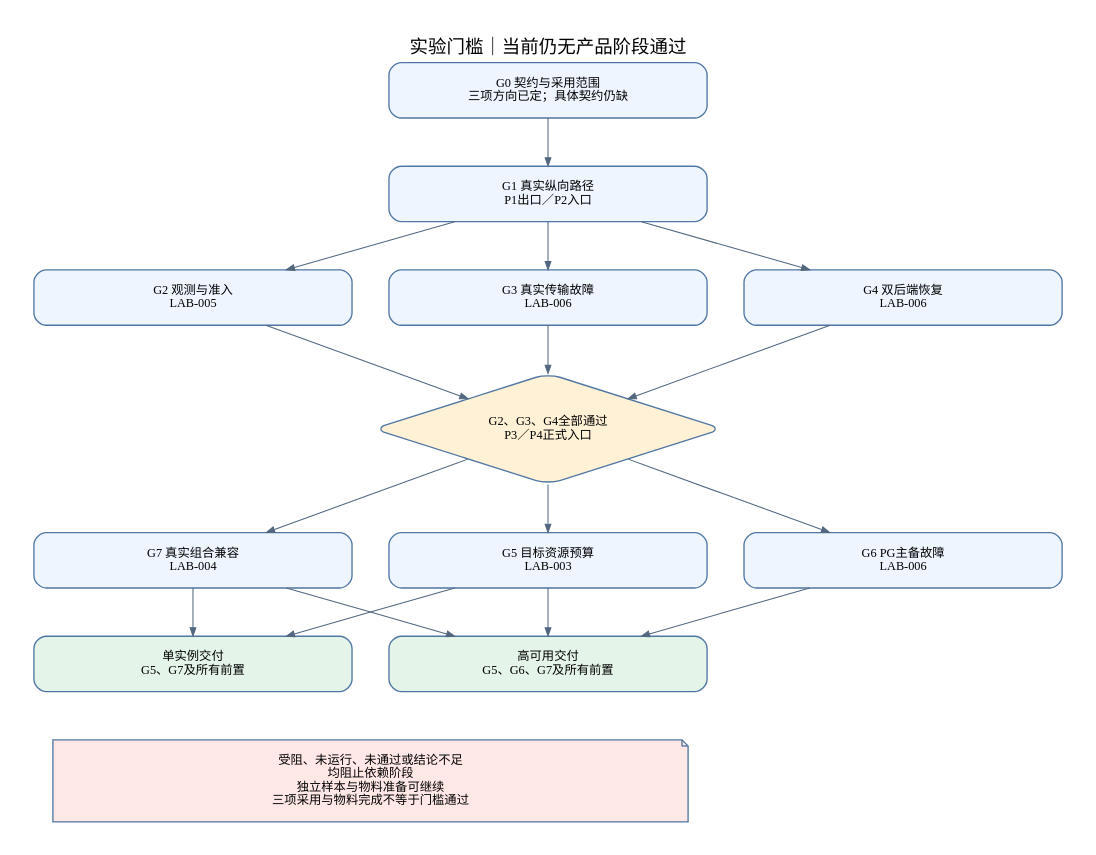
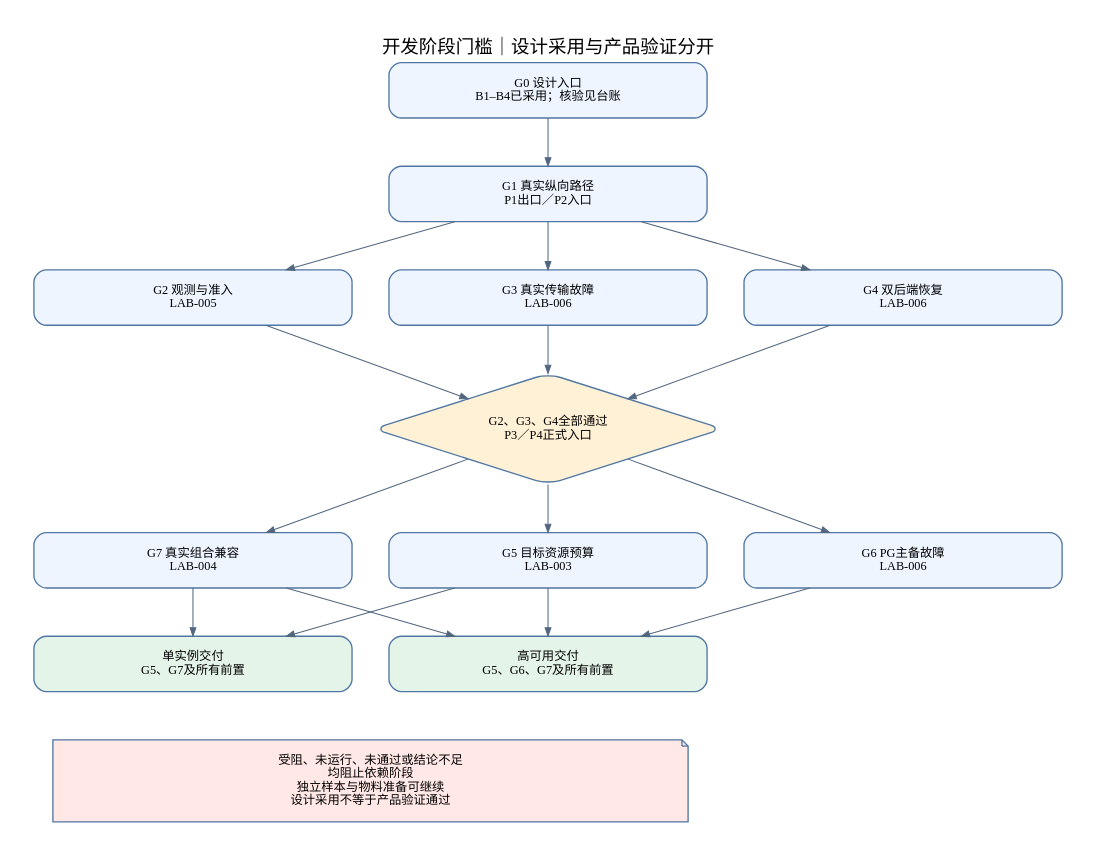
Before and after one commit to wyw-ai/loom-oi: the diagram in docs/architecture/diagrams/v0.7/06-delivery-dependencies.dot, drawn with Graphviz. The commit also changed 61 other files, not shown here.

```diff
--- a/docs/architecture/diagrams/v0.7/06-delivery-dependencies.dot
+++ b/docs/architecture/diagrams/v0.7/06-delivery-dependencies.dot
@@ -1,23 +1,23 @@
 digraph G {
 graph [bgcolor="white",pad="0.35",nodesep="0.5",ranksep="0.65",fontname="Noto Sans SC",fontsize=18,labelloc="t",splines=polyline];
 node [shape=box,style="rounded,filled",fillcolor="#eef5ff",color="#5077a3",fontname="Noto Sans SC",fontsize=12,width=4.3,margin="0.35,0.2",penwidth=1.3];
 edge [color="#52677f",fontname="Noto Sans SC",fontsize=10,arrowsize=0.8];
-rankdir=TB;label="实验门槛｜当前仍无产品阶段通过";
- g0[label="G0 契约与采用范围\n三项方向已定；具体契约仍缺"];
+rankdir=TB;label="开发阶段门槛｜设计采用与产品验证分开";
+ g0[label="G0 设计入口\nB1–B4已采用；核验见台账"];
  g1[label="G1 真实纵向路径\nP1出口／P2入口"];
  g2[label="G2 观测与准入\nLAB-005"];
  g3[label="G3 真实传输故障\nLAB-006"];
  g4[label="G4 双后端恢复\nLAB-006"];
  gate[label="G2、G3、G4全部通过\nP3／P4正式入口",shape=diamond,fillcolor="#fff1d6"];
  g5[label="G5 目标资源预算\nLAB-003"];
  g6[label="G6 PG主备故障\nLAB-006"];
  g7[label="G7 真实组合兼容\nLAB-004"];
  single[label="单实例交付\nG5、G7及所有前置",fillcolor="#e4f4e9"];
  ha[label="高可用交付\nG5、G6、G7及所有前置",fillcolor="#e4f4e9"];
  g0->g1;g1->g2;g1->g3;g1->g4;{rank=same;g2;g3;g4;}
  g2->gate;g3->gate;g4->gate;gate->g5;gate->g6;gate->g7;{rank=same;g5;g6;g7;}
  g5->single;g7->single;g5->ha;g6->ha;g7->ha;
- note[label="受阻、未运行、未通过或结论不足\n均阻止依赖阶段\n独立样本与物料准备可继续\n三项采用与物料完成不等于门槛通过",width=8.6,shape=note,fillcolor="#ffe8e5"];
+ note[label="受阻、未运行、未通过或结论不足\n均阻止依赖阶段\n独立样本与物料准备可继续\n设计采用不等于产品验证通过",width=8.6,shape=note,fillcolor="#ffe8e5"];
  single->note[style=invis];ha->note[style=invis];
 
 }
```
